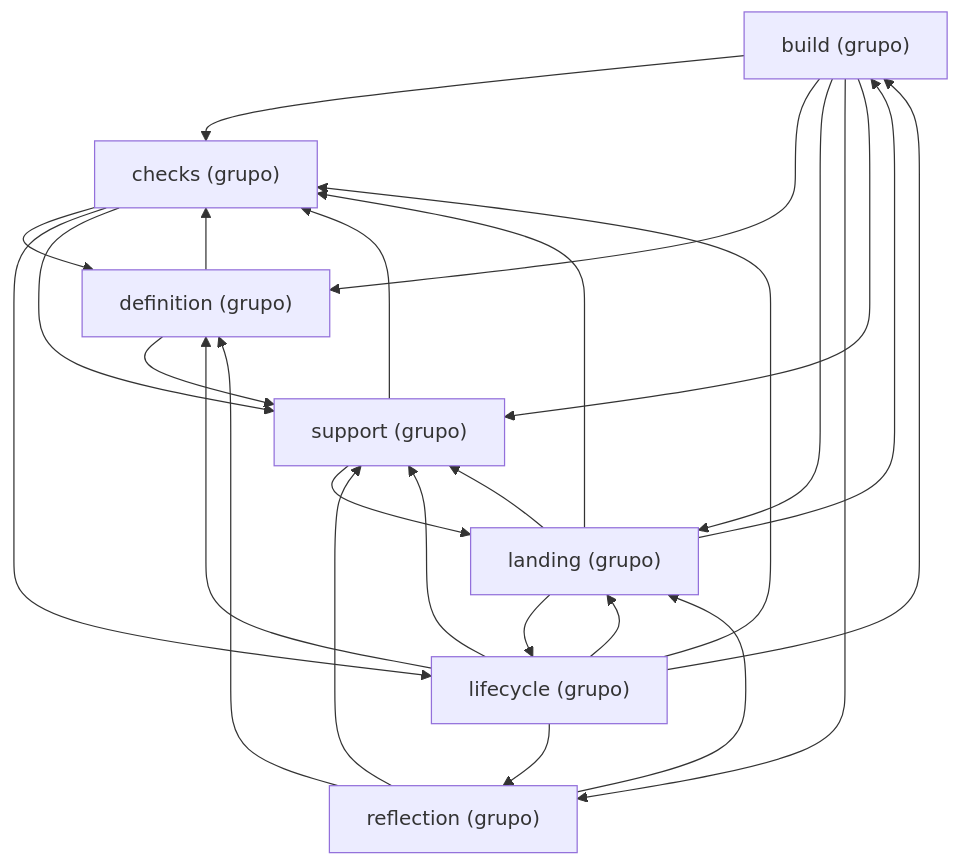
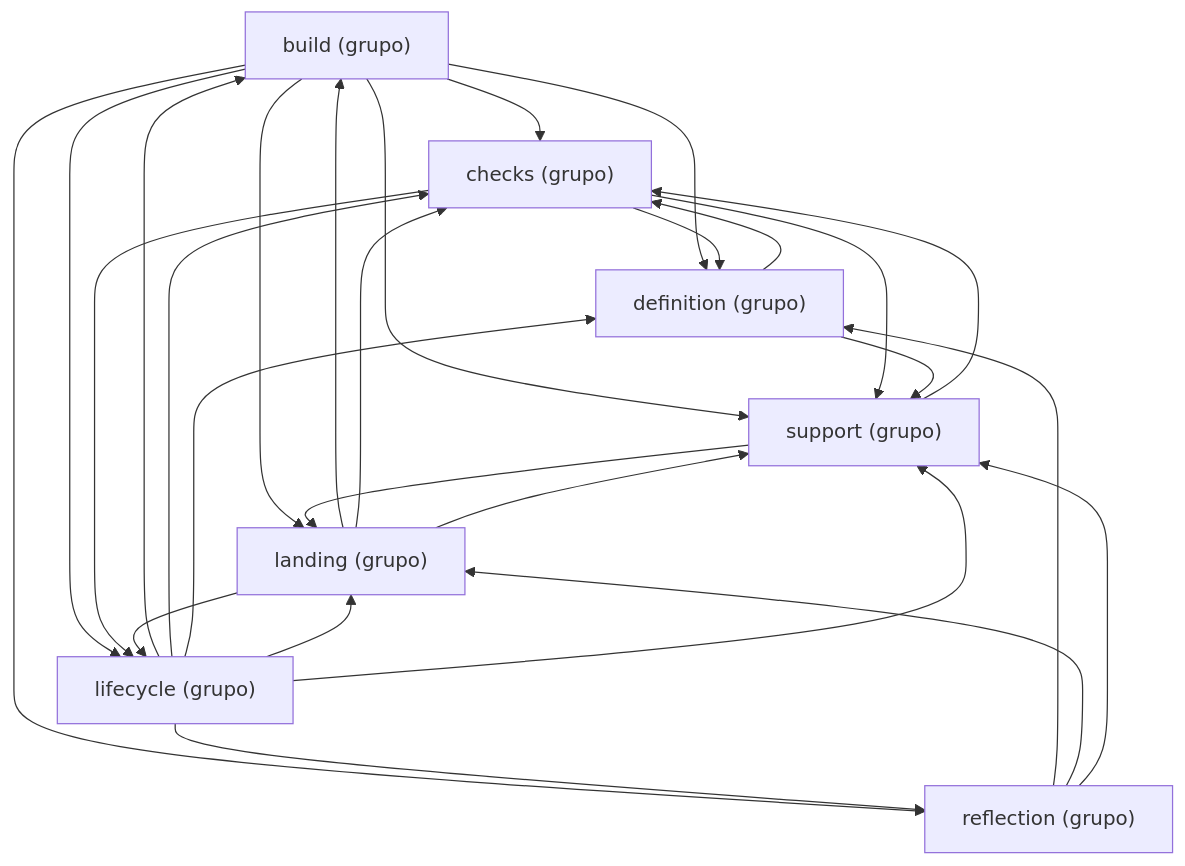
The diagram in docs/architecture/generated/packages-process-application.md (GonzaloZevallos/agentic-system), drawn with Mermaid before and after one commit. The commit also changed 2 other files, not shown here.

Commit message:
Regenerate the architecture docs for archive_subtask

````diff
--- a/docs/architecture/generated/packages-process-application.md
+++ b/docs/architecture/generated/packages-process-application.md
@@ -26,35 +26,36 @@
 ```mermaid
 graph TD
     g_application__build["build (grupo)"]
     g_application__checks["checks (grupo)"]
     g_application__definition["definition (grupo)"]
     g_application__landing["landing (grupo)"]
     g_application__lifecycle["lifecycle (grupo)"]
     g_application__reflection["reflection (grupo)"]
     g_application__support["support (grupo)"]
     g_application__build --> g_application__checks
     g_application__build --> g_application__definition
     g_application__build --> g_application__landing
+    g_application__build --> g_application__lifecycle
     g_application__build --> g_application__reflection
     g_application__build --> g_application__support
     g_application__checks --> g_application__definition
     g_application__checks --> g_application__lifecycle
     g_application__checks --> g_application__support
     g_application__definition --> g_application__checks
     g_application__definition --> g_application__support
     g_application__landing --> g_application__build
     g_application__landing --> g_application__checks
     g_application__landing --> g_application__lifecycle
     g_application__landing --> g_application__support
     g_application__lifecycle --> g_application__build
     g_application__lifecycle --> g_application__checks
     g_application__lifecycle --> g_application__definition
     g_application__lifecycle --> g_application__landing
     g_application__lifecycle --> g_application__reflection
     g_application__lifecycle --> g_application__support
     g_application__reflection --> g_application__definition
     g_application__reflection --> g_application__landing
     g_application__reflection --> g_application__support
     g_application__support --> g_application__checks
     g_application__support --> g_application__landing
 ```
````
